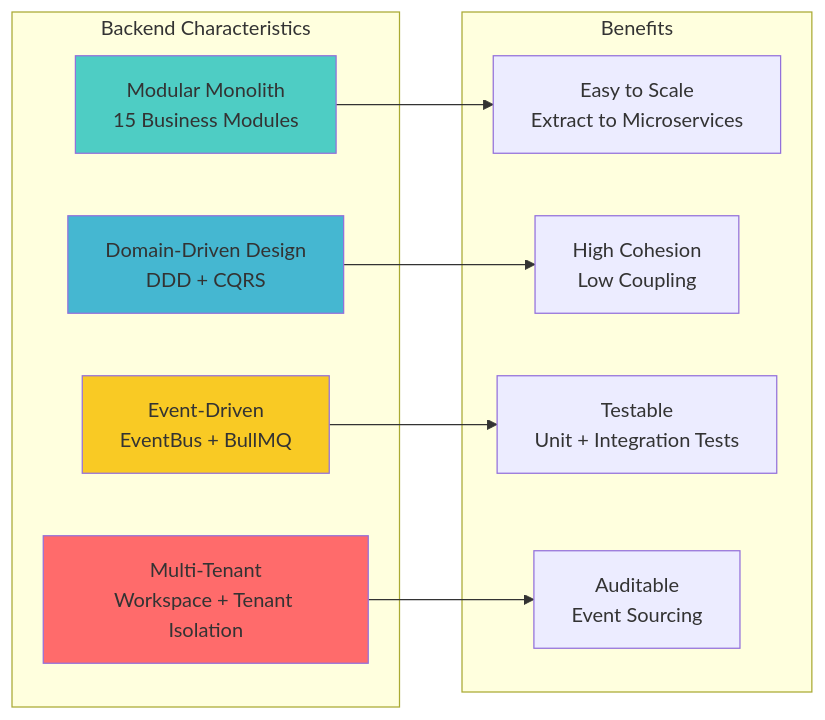
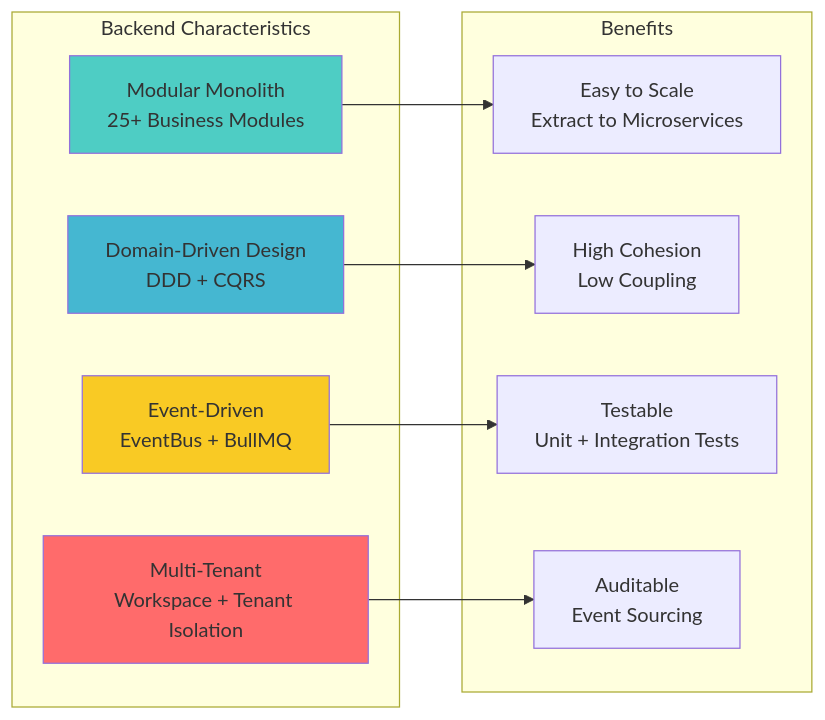
Before and after one commit to telemetryflow/telemetryflow-overview: the first of 17 diagrams in backend/00-BACKEND-OVERVIEW.md, drawn with Mermaid. The commit also changed other lines of this file and 68 other files, not shown here.

````diff
--- a/backend/00-BACKEND-OVERVIEW.md
+++ b/backend/00-BACKEND-OVERVIEW.md
@@ -35,26 +35,26 @@
 ```mermaid
 graph LR
     subgraph "Backend Characteristics"
-        A[Modular Monolith<br/>15 Business Modules]
+        A[Modular Monolith<br/>25+ Business Modules]
         B[Domain-Driven Design<br/>DDD + CQRS]
         C[Event-Driven<br/>EventBus + BullMQ]
         D[Multi-Tenant<br/>Workspace + Tenant Isolation]
     end
 
     subgraph "Benefits"
         E[Easy to Scale<br/>Extract to Microservices]
         F[High Cohesion<br/>Low Coupling]
         G[Testable<br/>Unit + Integration Tests]
         H[Auditable<br/>Event Sourcing]
     end
 
     A --> E
     B --> F
     C --> G
     D --> H
 
     style A fill:#4ecdc4
     style B fill:#45b7d1
     style C fill:#f9ca24
     style D fill:#ff6b6b
 ```
````
